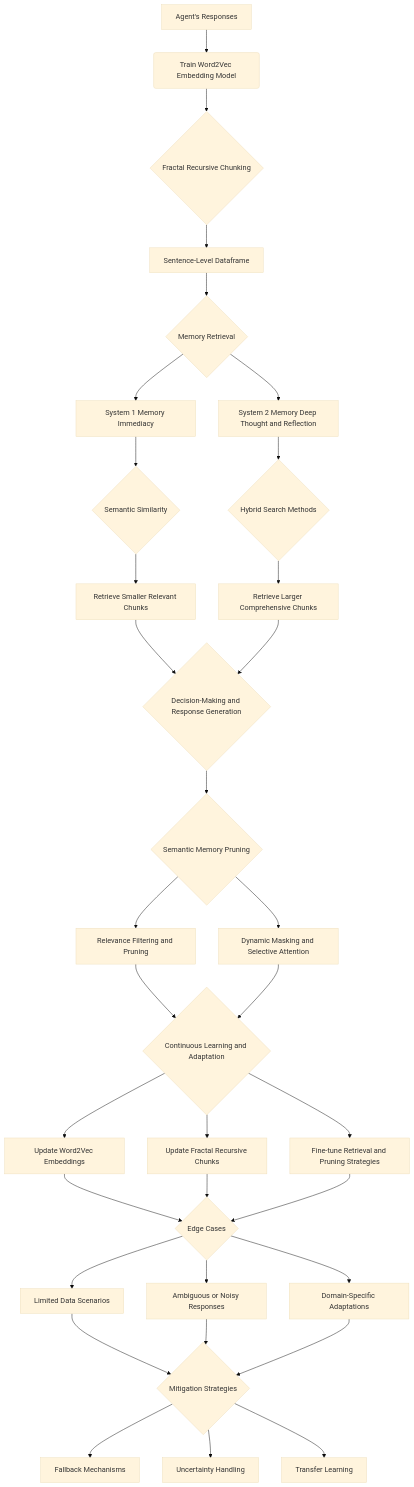
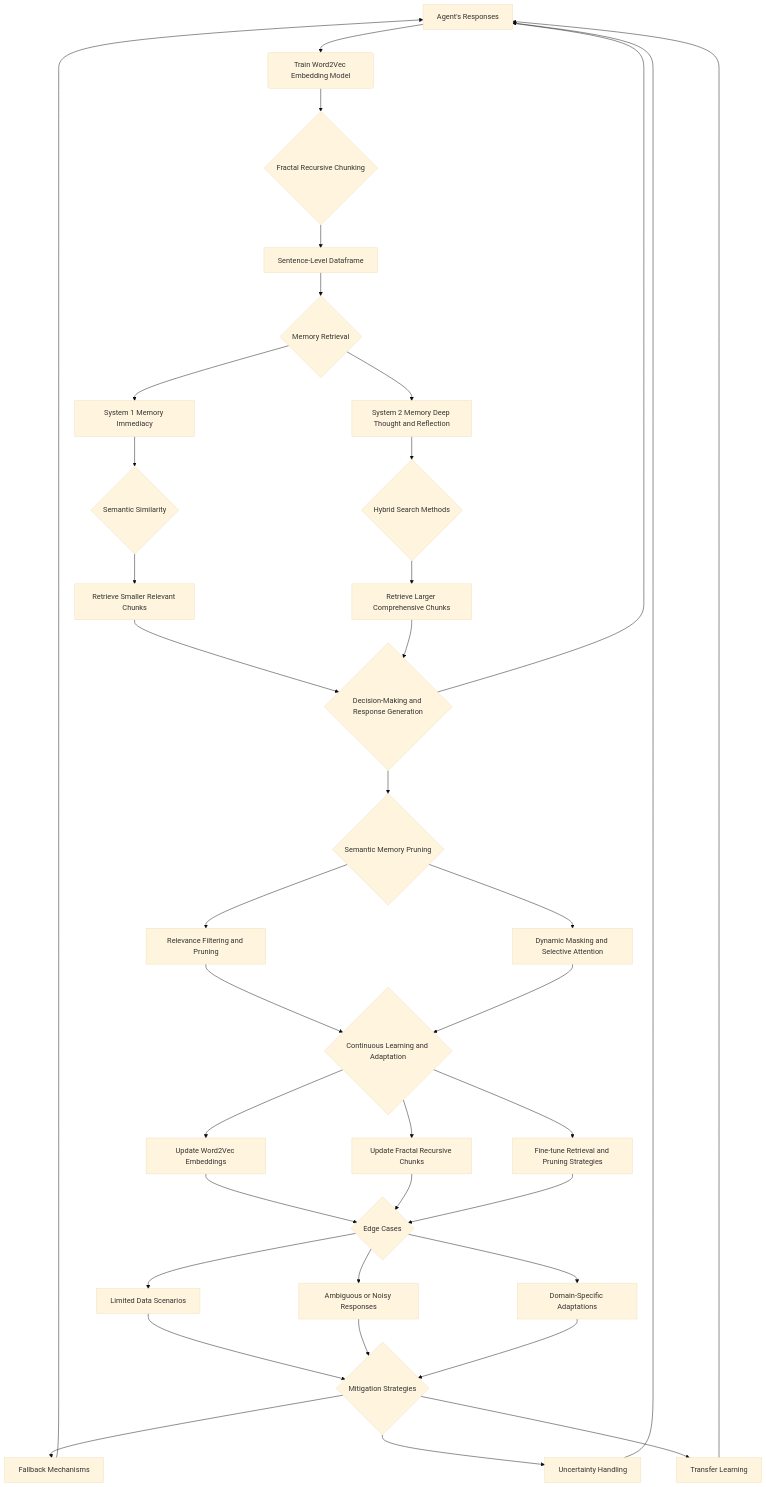
The first of 11 diagrams in README.md (EveryOneIsGross/scratchTHOUGHTS), drawn with Mermaid (base theme) before and after one commit.

````diff
--- a/README.md
+++ b/README.md
@@ -5,35 +5,39 @@
 ```mermaid
 graph TD
     A[Agent's Responses] --> B(Train Word2Vec Embedding Model)
     B --> C{Fractal Recursive Chunking}
     C --> D[Sentence-Level Dataframe]
     D --> E{Memory Retrieval}
     E --> F[System 1 Memory Immediacy]
     E --> G[System 2 Memory Deep Thought and Reflection]
     F --> H{Semantic Similarity}
     G --> I{Hybrid Search Methods}
     H --> J[Retrieve Smaller Relevant Chunks]
     I --> K[Retrieve Larger Comprehensive Chunks]
     J --> L{Decision-Making and Response Generation}
     K --> L
     L --> M{Semantic Memory Pruning}
     M --> N[Relevance Filtering and Pruning]
     M --> O[Dynamic Masking and Selective Attention]
     N --> P{Continuous Learning and Adaptation}
     O --> P
     P --> Q[Update Word2Vec Embeddings]
     P --> R[Update Fractal Recursive Chunks]
     P --> S[Fine-tune Retrieval and Pruning Strategies]
     Q --> T{Edge Cases}
     R --> T
     S --> T
     T --> U[Limited Data Scenarios]
     T --> V[Ambiguous or Noisy Responses]
     T --> W[Domain-Specific Adaptations]
     U --> X{Mitigation Strategies}
     V --> X
     W --> X
     X --> Y[Fallback Mechanisms]
     X --> Z[Uncertainty Handling]
     X --> AA[Transfer Learning]
+    AA --> A
+    Z --> A
+    Y --> A
+    L --> A
 ```
````
